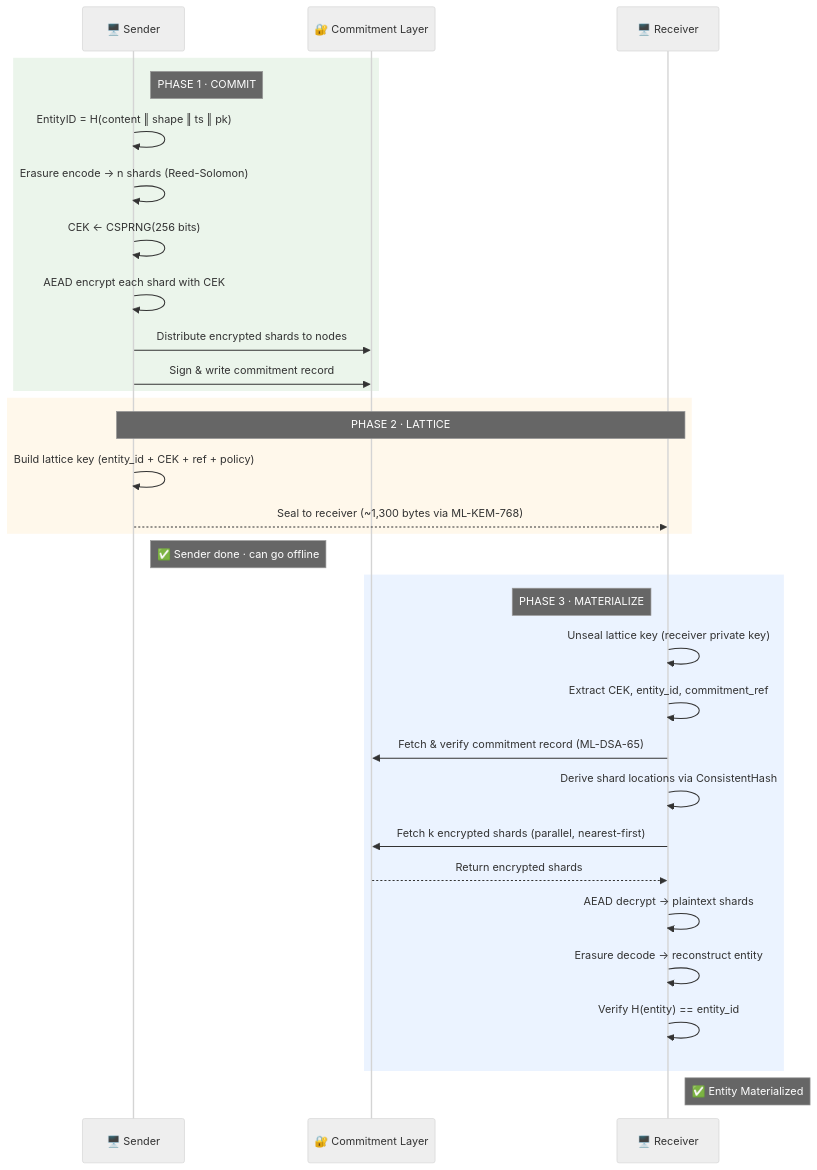
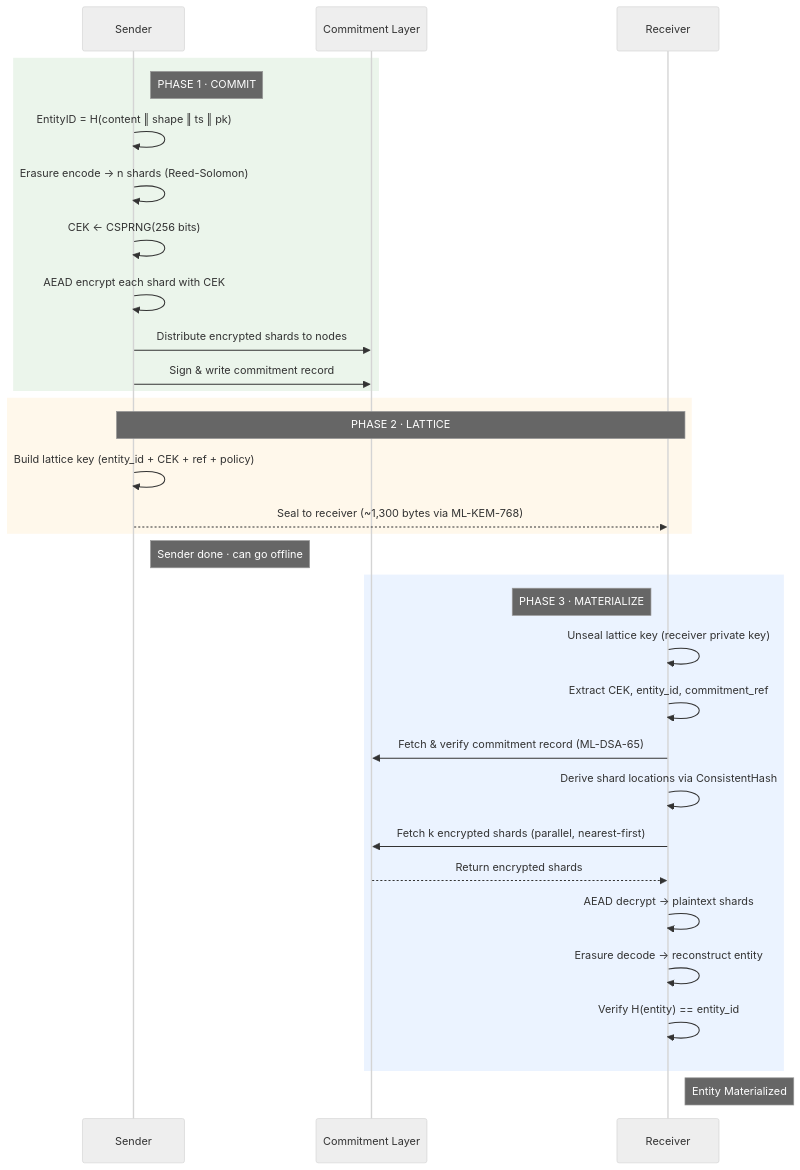
Before and after one commit to Jacob-Strokus/Entanglement-Transfer-Protocol: the second of 4 diagrams in README.md, drawn with Mermaid (neutral theme). The commit also changed other lines of this file, not shown here.

Commit message:
add protocol layer diagram

````diff
--- a/README.md
+++ b/README.md
@@ -72,39 +72,39 @@
 ```mermaid
 sequenceDiagram
-    participant S as 🖥️ Sender
-    participant CL as 🔐 Commitment Layer
-    participant R as 🖥️ Receiver
+    participant S as Sender
+    participant CL as Commitment Layer
+    participant R as Receiver
 
     rect rgba(0, 128, 0, 0.08)
         Note right of S: PHASE 1 · COMMIT
         S->>S: EntityID = H(content ‖ shape ‖ ts ‖ pk)
         S->>S: Erasure encode → n shards (Reed-Solomon)
         S->>S: CEK ← CSPRNG(256 bits)
         S->>S: AEAD encrypt each shard with CEK
         S->>CL: Distribute encrypted shards to nodes
         S->>CL: Sign & write commitment record
     end
 
     rect rgba(255, 165, 0, 0.08)
         Note over S,R: PHASE 2 · LATTICE
         S->>S: Build lattice key (entity_id + CEK + ref + policy)
         S-->>R: Seal to receiver (~1,300 bytes via ML-KEM-768)
     end
 
-    Note right of S: ✅ Sender done · can go offline
+    Note right of S: Sender done · can go offline
 
     rect rgba(0, 100, 255, 0.08)
         Note left of R: PHASE 3 · MATERIALIZE
         R->>R: Unseal lattice key (receiver private key)
         R->>R: Extract CEK, entity_id, commitment_ref
         R->>CL: Fetch & verify commitment record (ML-DSA-65)
         R->>R: Derive shard locations via ConsistentHash
         R->>CL: Fetch k encrypted shards (parallel, nearest-first)
         CL-->>R: Return encrypted shards
         R->>R: AEAD decrypt → plaintext shards
         R->>R: Erasure decode → reconstruct entity
         R->>R: Verify H(entity) == entity_id
     end
 
-    Note right of R: ✅ Entity Materialized
+    Note right of R: Entity Materialized
 ```
````
